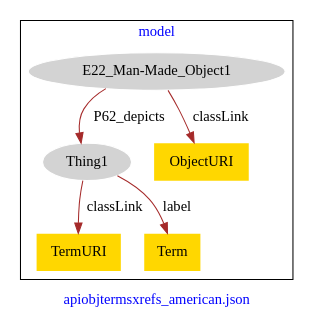
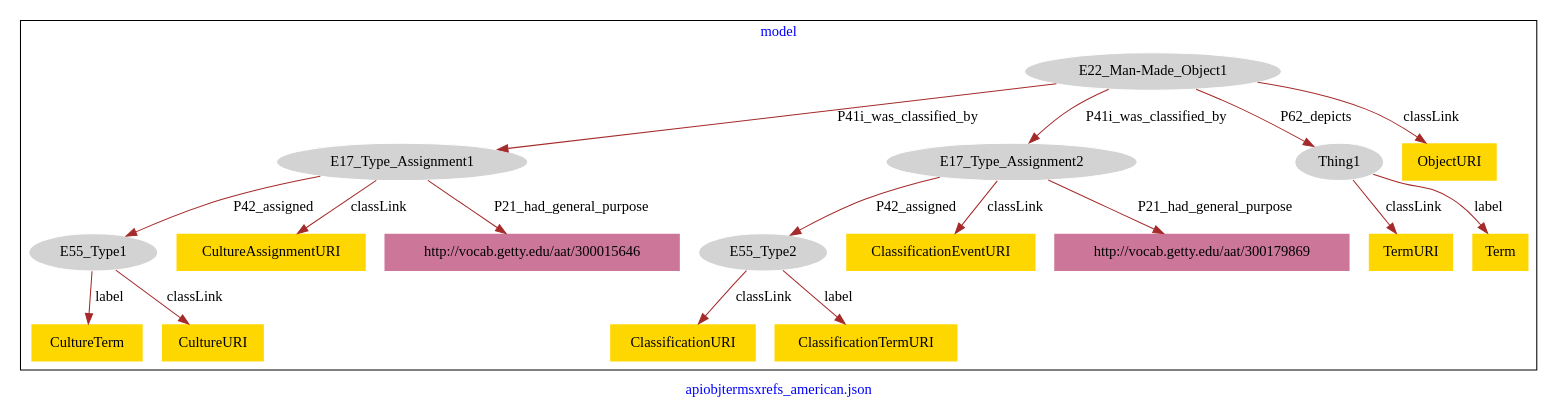
One commit to american-art/PUAM changed the diagram in apiobjtermsxrefs_american/apiobjtermsxrefs_american-model.dot. Above: the diagram before and after it, drawn with Graphviz.

Commit message:
Update file apiobjtermsxrefs_american-model.dot

```diff
--- a/apiobjtermsxrefs_american/apiobjtermsxrefs_american-model.dot
+++ b/apiobjtermsxrefs_american/apiobjtermsxrefs_american-model.dot
@@ -1,17 +1,41 @@
 digraph n0 {
 fontcolor="blue"
 remincross="true"
 label="apiobjtermsxrefs_american.json"
 subgraph cluster {
 label="model"
-n2[style="filled",color="white",fillcolor="lightgray",label="E22_Man-Made_Object1"];
-n3[style="filled",color="white",fillcolor="lightgray",label="Thing1"];
-n4[shape="plaintext",style="filled",fillcolor="gold",label="ObjectURI"];
-n5[shape="plaintext",style="filled",fillcolor="gold",label="TermURI"];
-n6[shape="plaintext",style="filled",fillcolor="gold",label="Term"];
+n2[style="filled",color="white",fillcolor="lightgray",label="E17_Type_Assignment1"];
+n3[style="filled",color="white",fillcolor="lightgray",label="E55_Type1"];
+n4[style="filled",color="white",fillcolor="lightgray",label="E17_Type_Assignment2"];
+n5[style="filled",color="white",fillcolor="lightgray",label="E55_Type2"];
+n6[style="filled",color="white",fillcolor="lightgray",label="E22_Man-Made_Object1"];
+n7[style="filled",color="white",fillcolor="lightgray",label="Thing1"];
+n8[shape="plaintext",style="filled",fillcolor="gold",label="CultureTerm"];
+n9[shape="plaintext",style="filled",fillcolor="gold",label="TermURI"];
+n10[shape="plaintext",style="filled",fillcolor="gold",label="ClassificationURI"];
+n11[shape="plaintext",style="filled",fillcolor="gold",label="Term"];
+n12[shape="plaintext",style="filled",fillcolor="gold",label="ObjectURI"];
+n13[shape="plaintext",style="filled",fillcolor="gold",label="CultureURI"];
+n14[shape="plaintext",style="filled",fillcolor="gold",label="ClassificationTermURI"];
+n15[shape="plaintext",style="filled",fillcolor="gold",label="ClassificationEventURI"];
+n16[shape="plaintext",style="filled",fillcolor="gold",label="CultureAssignmentURI"];
+n17[shape="plaintext",style="filled",fillcolor="#CC7799",label="http://vocab.getty.edu/aat/300179869"];
+n18[shape="plaintext",style="filled",fillcolor="#CC7799",label="http://vocab.getty.edu/aat/300015646"];
 }
-n2 -> n3[color="brown",fontcolor="black",label="P62_depicts"]
-n2 -> n4[color="brown",fontcolor="black",label="classLink"]
-n3 -> n5[color="brown",fontcolor="black",label="classLink"]
-n3 -> n6[color="brown",fontcolor="black",label="label"]
+n2 -> n3[color="brown",fontcolor="black",label="P42_assigned"]
+n4 -> n5[color="brown",fontcolor="black",label="P42_assigned"]
+n6 -> n2[color="brown",fontcolor="black",label="P41i_was_classified_by"]
+n6 -> n4[color="brown",fontcolor="black",label="P41i_was_classified_by"]
+n6 -> n7[color="brown",fontcolor="black",label="P62_depicts"]
+n3 -> n8[color="brown",fontcolor="black",label="label"]
+n7 -> n9[color="brown",fontcolor="black",label="classLink"]
+n5 -> n10[color="brown",fontcolor="black",label="classLink"]
+n7 -> n11[color="brown",fontcolor="black",label="label"]
+n6 -> n12[color="brown",fontcolor="black",label="classLink"]
+n3 -> n13[color="brown",fontcolor="black",label="classLink"]
+n5 -> n14[color="brown",fontcolor="black",label="label"]
+n4 -> n15[color="brown",fontcolor="black",label="classLink"]
+n2 -> n16[color="brown",fontcolor="black",label="classLink"]
+n4 -> n17[color="brown",fontcolor="black",label="P21_had_general_purpose"]
+n2 -> n18[color="brown",fontcolor="black",label="P21_had_general_purpose"]
 }
```
